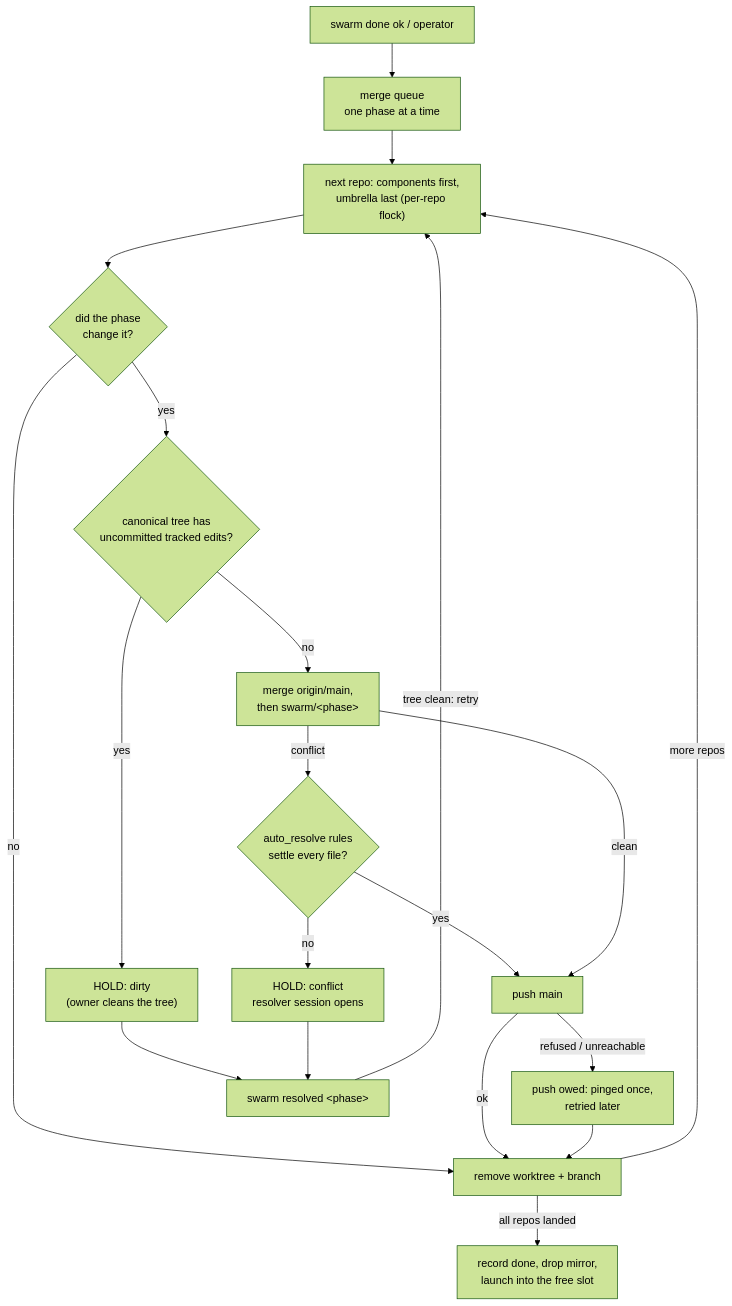
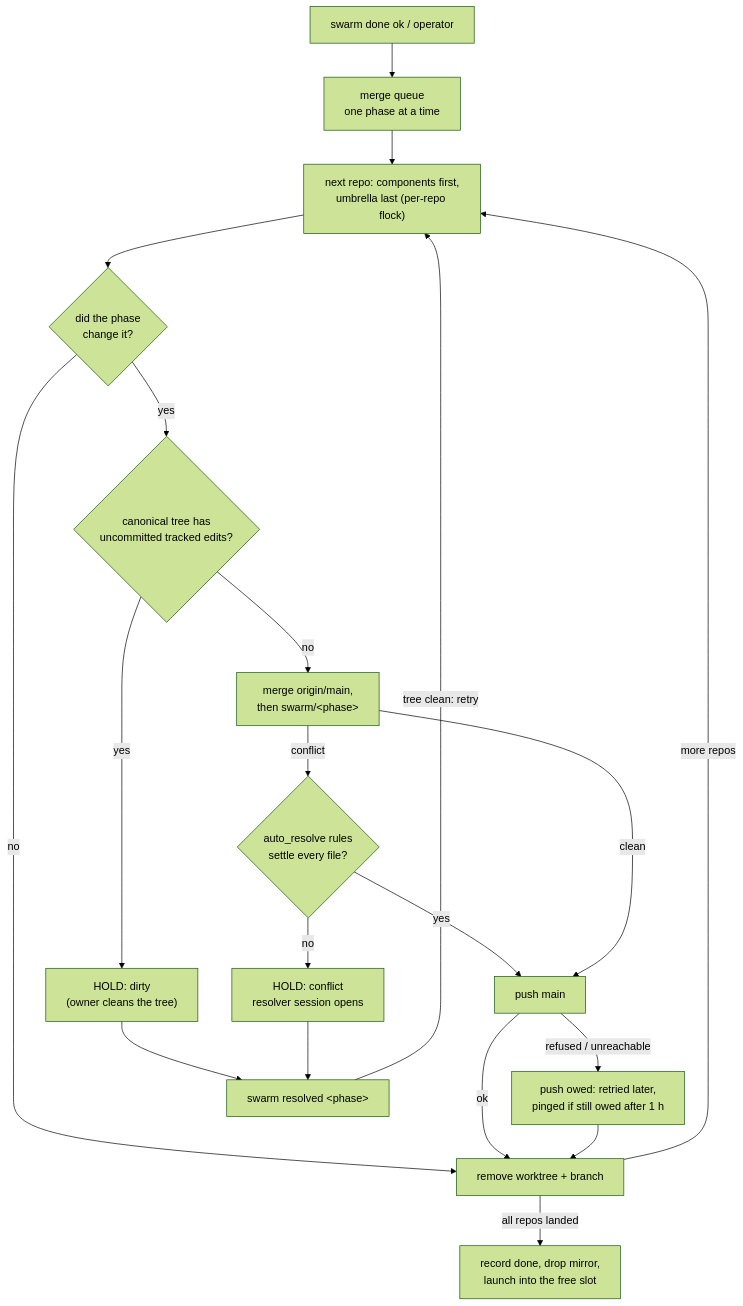
The fourth of 5 diagrams in README.md (sezaiarda/swarm-orchestrator), drawn with Mermaid (forest theme) before and after one commit. The commit also changed other lines of this file and 22 other files, not shown here.

````diff
--- a/README.md
+++ b/README.md
@@ -306,21 +306,21 @@
 ```mermaid
 flowchart TD
   done["swarm done ok / operator"] --> q["merge queue<br/>one phase at a time"]
   q --> r["next repo: components first,<br/>umbrella last (per-repo flock)"]
   r --> t{"did the phase<br/>change it?"}
   t -- "no" --> p["remove worktree + branch"]
   t -- "yes" --> d{"canonical tree has<br/>uncommitted tracked edits?"}
   d -- "yes" --> hd["HOLD: dirty<br/>(owner cleans the tree)"]
   d -- "no" --> m["merge origin/main,<br/>then swarm/&lt;phase&gt;"]
   m -- "conflict" --> a{"auto_resolve rules<br/>settle every file?"}
   a -- "no" --> hc["HOLD: conflict<br/>resolver session opens"]
   a -- "yes" --> push
   m -- "clean" --> push["push main"]
   push -- "ok" --> p
-  push -- "refused / unreachable" --> owed["push owed: pinged once,<br/>retried later"] --> p
+  push -- "refused / unreachable" --> owed["push owed: retried later,<br/>pinged if still owed after 1 h"] --> p
   p -- "more repos" --> r
   p -- "all repos landed" --> fin["record done, drop mirror,<br/>launch into the free slot"]
   hd --> sr["swarm resolved &lt;phase&gt;"]
   hc --> sr
   sr -- "tree clean: retry" --> r
 ```
````
